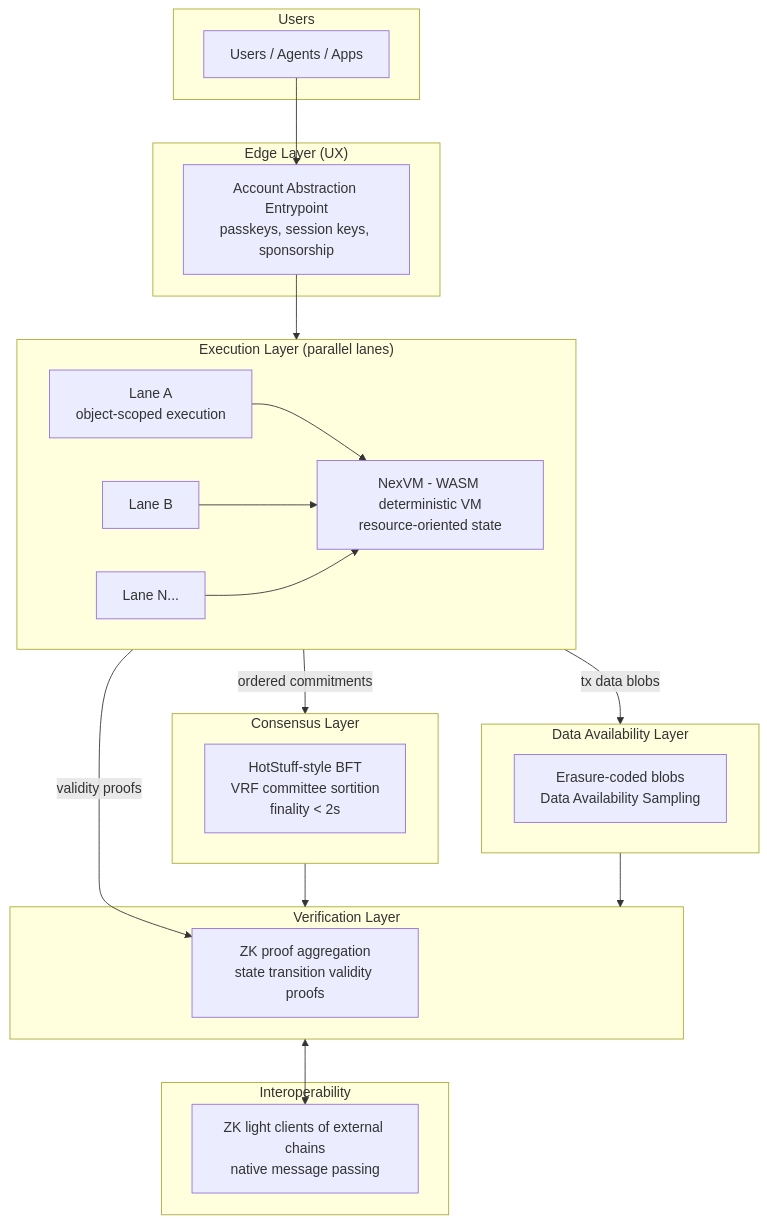
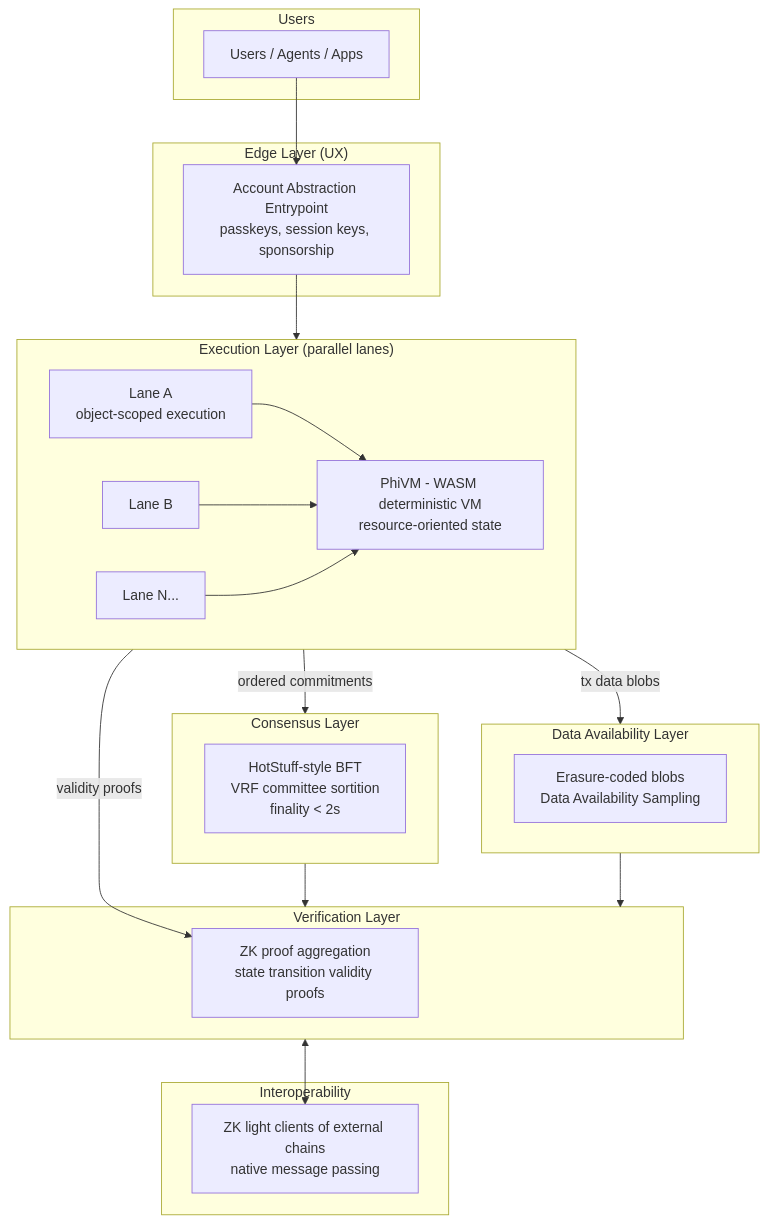
The diagram in docs/SPECIFICATION.md (cosmic-hydra/phi), drawn with Mermaid before and after one commit. The commit also changed other lines of this file and 47 other files, not shown here.

````diff
--- a/docs/SPECIFICATION.md
+++ b/docs/SPECIFICATION.md
@@ -34,42 +34,42 @@
 ```mermaid
 flowchart TB
     subgraph Users
         U[Users / Agents / Apps]
     end
 
     subgraph Edge["Edge Layer (UX)"]
         AA[Account Abstraction Entrypoint<br/>passkeys, session keys, sponsorship]
     end
 
     subgraph Exec["Execution Layer (parallel lanes)"]
         L1[Lane A<br/>object-scoped execution]
         L2[Lane B]
         L3[Lane N...]
-        VM[NexVM - WASM deterministic VM<br/>resource-oriented state]
+        VM[PhiVM - WASM deterministic VM<br/>resource-oriented state]
     end
 
     subgraph Cons["Consensus Layer"]
         C[HotStuff-style BFT<br/>VRF committee sortition<br/>finality < 2s]
     end
 
     subgraph DA["Data Availability Layer"]
         D[Erasure-coded blobs<br/>Data Availability Sampling]
     end
 
     subgraph Settle["Verification Layer"]
         ZK[ZK proof aggregation<br/>state transition validity proofs]
     end
 
     U --> AA --> Exec
     L1 & L2 & L3 --> VM
     Exec -->|ordered commitments| Cons
     Exec -->|tx data blobs| DA
     Exec -->|validity proofs| ZK
     Cons --> Settle
     DA --> Settle
 
     subgraph Interop["Interoperability"]
         IBC[ZK light clients of external chains<br/>native message passing]
     end
     Settle <--> IBC
 ```
````
